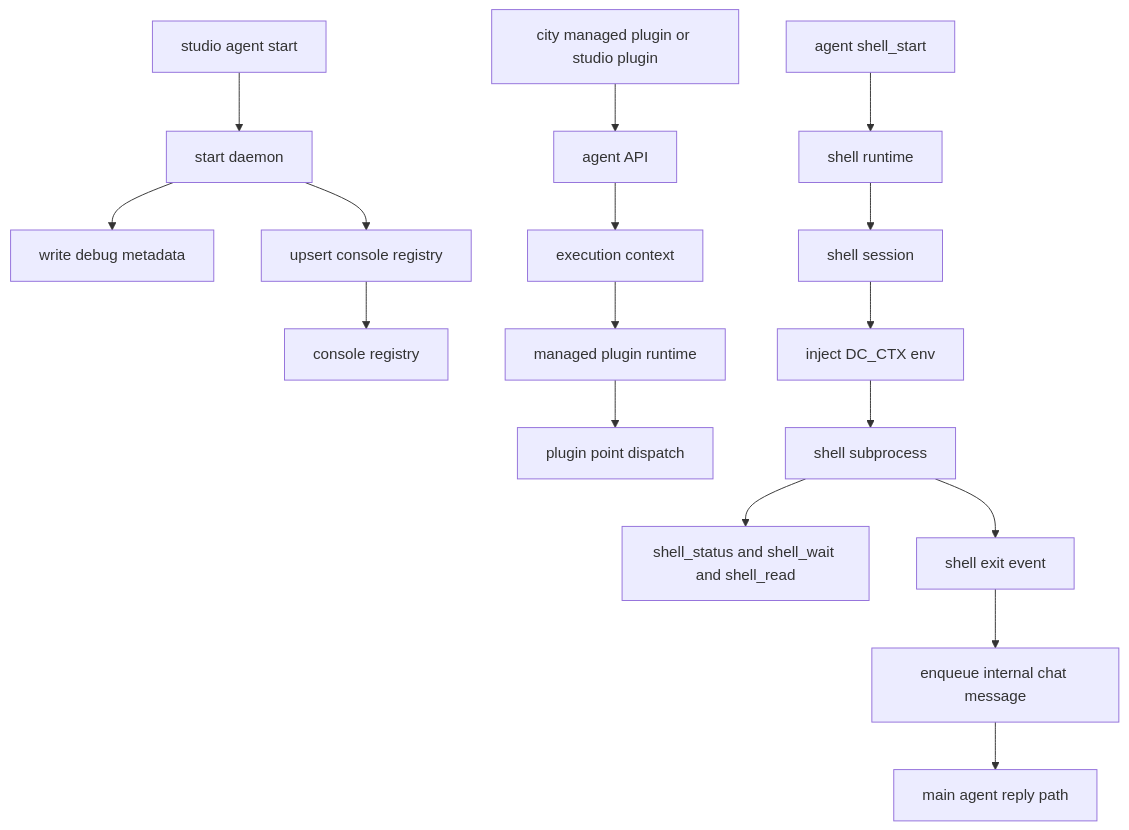
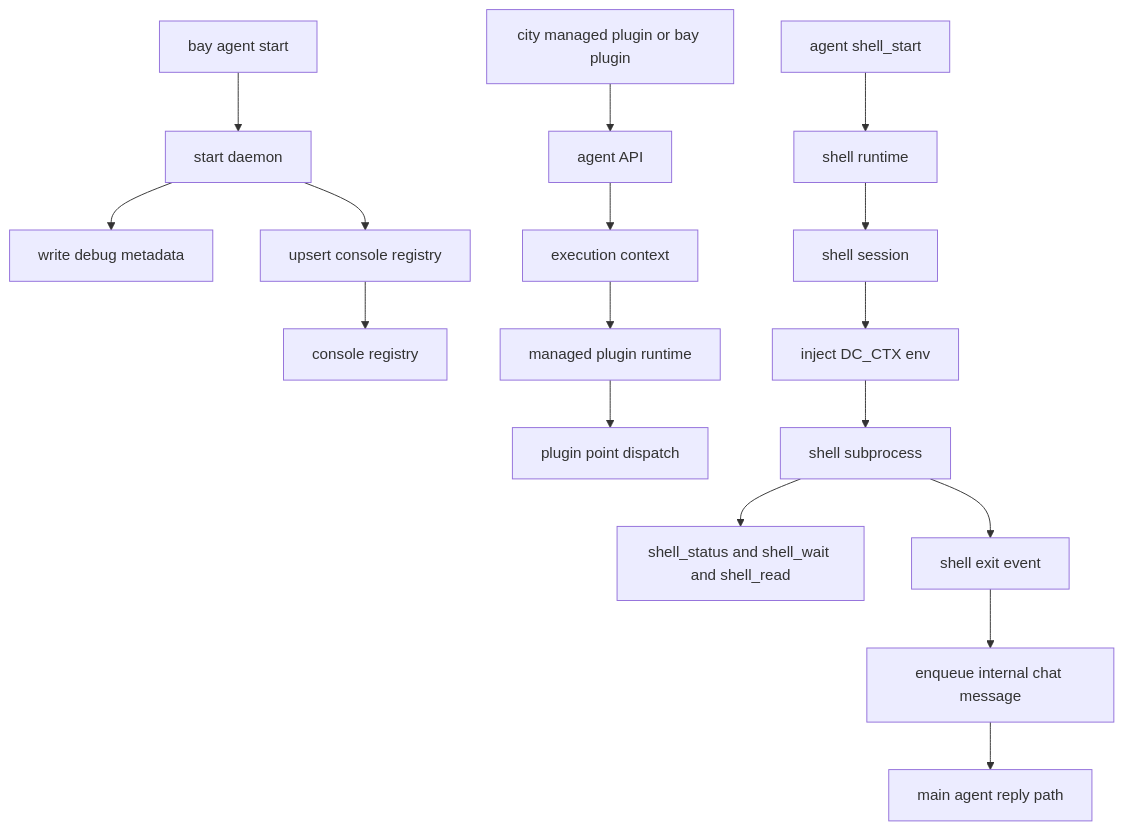
Before and after one commit to wangenius/downcity: the diagram in homepage/content/docs/en/concepts/console-registration-and-shell-flow.mdx, drawn with Mermaid. The commit also changed 447 other files, not shown here.

Commit message:
feat(cli): rename studio command to bay

````diff
--- a/homepage/content/docs/en/concepts/console-registration-and-shell-flow.mdx
+++ b/homepage/content/docs/en/concepts/console-registration-and-shell-flow.mdx
@@ -33,21 +33,21 @@
 ```mermaid
 flowchart TD
-  A["studio agent start"] --> B["start daemon"]
+  A["bay agent start"] --> B["start daemon"]
   B --> C["write debug metadata"]
   B --> D["upsert console registry"]
   D --> E["console registry"]
 
-  F["city managed plugin or studio plugin"] --> G["agent API"]
+  F["city managed plugin or bay plugin"] --> G["agent API"]
   G --> H["execution context"]
   H --> I["managed plugin runtime"]
   I --> J["plugin point dispatch"]
 
   L["agent shell_start"] --> M["shell runtime"]
   M --> N["shell session"]
   N --> O["inject DC_CTX env"]
   O --> P["shell subprocess"]
   P --> Q["shell_status and shell_wait and shell_read"]
   P --> R["shell exit event"]
   R --> S["enqueue internal chat message"]
   S --> T["main agent reply path"]
 ```
````
